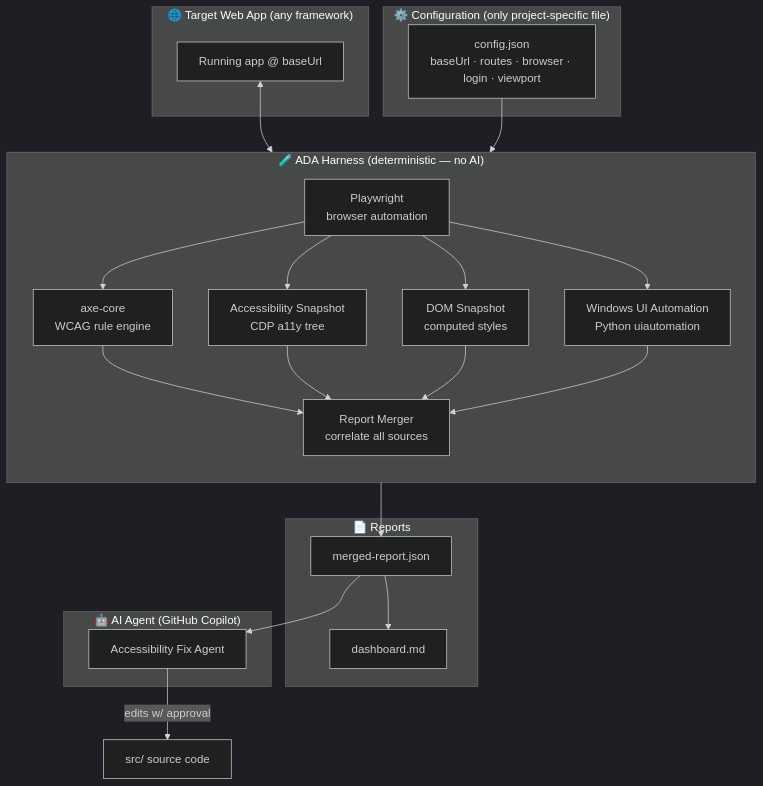
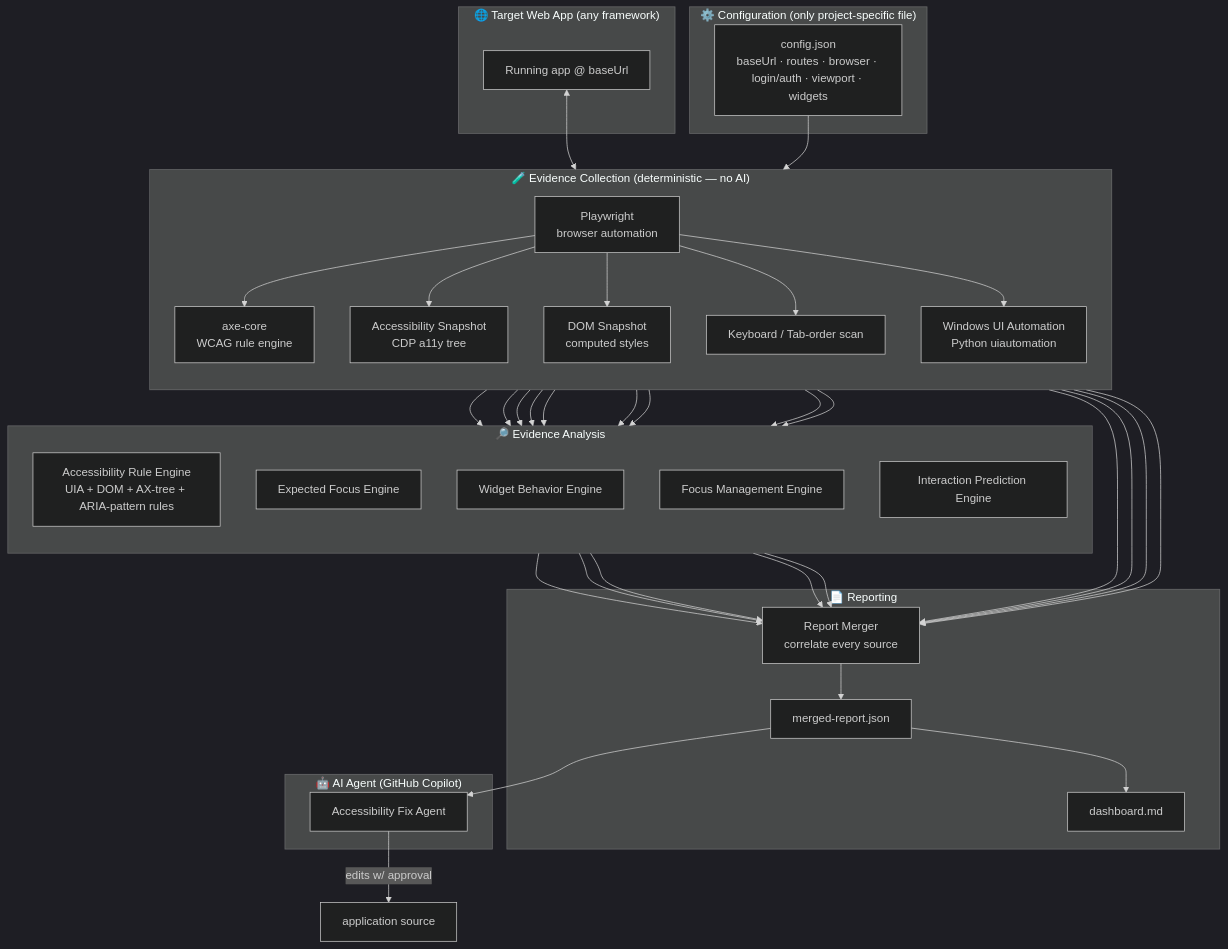
The second of 8 diagrams in ADA Harness/ARCHITECTURE.md (vivek1952p/GiftApp), drawn with Mermaid (dark theme) before and after one commit. The commit also changed other lines of this file and 60 other files, not shown here.

Commit message:
ada harness improvement

````diff
--- a/ADA Harness/ARCHITECTURE.md
+++ b/ADA Harness/ARCHITECTURE.md
@@ -19,39 +40,71 @@
 ```mermaid
 flowchart TB
     subgraph CONFIG["⚙️ Configuration (only project-specific file)"]
-        CFG[config.json<br/>baseUrl · routes · browser · login · viewport]
+        CFG[config.json<br/>baseUrl · routes · browser · login/auth · viewport · widgets]
     end
 
     subgraph APP["🌐 Target Web App (any framework)"]
         WEB[Running app @ baseUrl]
     end
 
-    subgraph HARNESS["🧪 ADA Harness (deterministic — no AI)"]
+    subgraph COLLECT["🧪 Evidence Collection (deterministic — no AI)"]
         direction TB
         PW[Playwright<br/>browser automation]
         AXE[axe-core<br/>WCAG rule engine]
         SNAP[Accessibility Snapshot<br/>CDP a11y tree]
         DOM[DOM Snapshot<br/>computed styles]
+        KB[Keyboard / Tab-order scan]
         UIA[Windows UI Automation<br/>Python uiautomation]
-        MERGE[Report Merger<br/>correlate all sources]
     end
 
-    subgraph REPORTS["📄 Reports"]
+    subgraph ANALYZE["🔎 Evidence Analysis"]
+        direction TB
+        RE[Accessibility Rule Engine<br/>UIA + DOM + AX-tree + ARIA-pattern rules]
+        EFE[Expected Focus Engine]
+        WBE[Widget Behavior Engine]
+        FME[Focus Management Engine]
+        IPE[Interaction Prediction Engine]
+    end
+
+    subgraph REPORT["📄 Reporting"]
+        MERGE[Report Merger<br/>correlate every source]
         MR[merged-report.json]
         DASH[dashboard.md]
     end
 
     subgraph AGENT["🤖 AI Agent (GitHub Copilot)"]
         FIXAI[Accessibility Fix Agent]
     end
 
-    CFG --> HARNESS
+    CFG --> COLLECT
     WEB <--> PW
-    PW --> AXE --> MERGE
-    PW --> SNAP --> MERGE
-    PW --> DOM --> MERGE
-    PW --> UIA --> MERGE
+    PW --> AXE
+    PW --> SNAP
+    PW --> DOM
+    PW --> KB
+    PW --> UIA
+
+    AXE --> RE
+    SNAP --> RE
+    DOM --> RE
+    UIA --> RE
+    SNAP --> EFE
+    KB --> EFE
+    PW --> WBE
+    PW --> FME
+    PW --> IPE
+
+    RE --> MERGE
+    EFE --> MERGE
+    WBE --> MERGE
+    FME --> MERGE
+    IPE --> MERGE
+    AXE --> MERGE
+    SNAP --> MERGE
+    DOM --> MERGE
+    KB --> MERGE
+
     MERGE --> MR --> DASH
     MR --> FIXAI
-    FIXAI -->|edits w/ approval| SRC[src/ source code]
+    FIXAI -->|edits w/ approval| SRC[application source]
 ```
````
